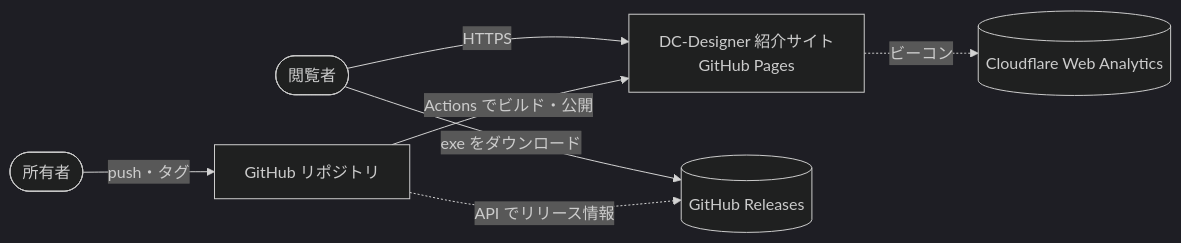
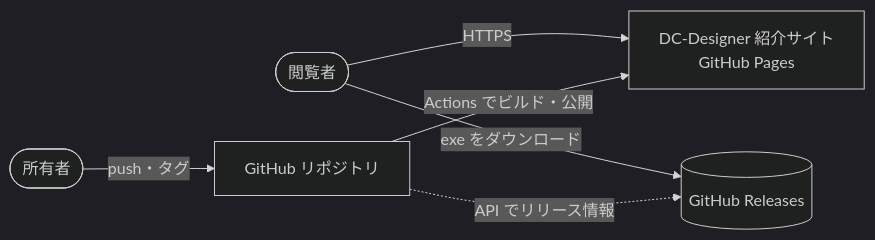
The first of 3 diagrams in docs/design/07_architecture.md (itiwoja/DC-Designer), drawn with Mermaid (dark theme) before and after one commit. The commit also changed other lines of this file and 14 other files, not shown here.

````diff
--- a/docs/design/07_architecture.md
+++ b/docs/design/07_architecture.md
@@ -17,9 +17,8 @@
 ```mermaid
 flowchart LR
   V([閲覧者]) -->|HTTPS| S[DC-Designer 紹介サイト<br>GitHub Pages]
   V -->|exe をダウンロード| GR[(GitHub Releases)]
-  S -.ビーコン.-> CWA[(Cloudflare Web Analytics)]
   O([所有者]) -->|push・タグ| GH[GitHub リポジトリ]
   GH -->|Actions でビルド・公開| S
   GH -.API でリリース情報.-> GR
 ```
````
